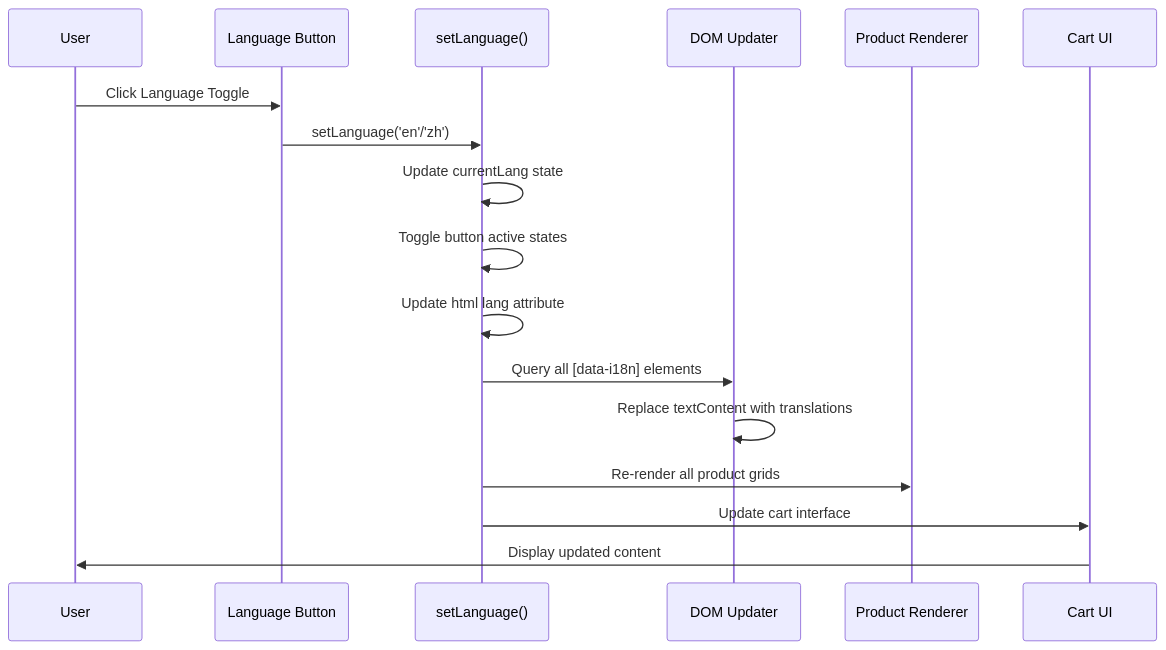
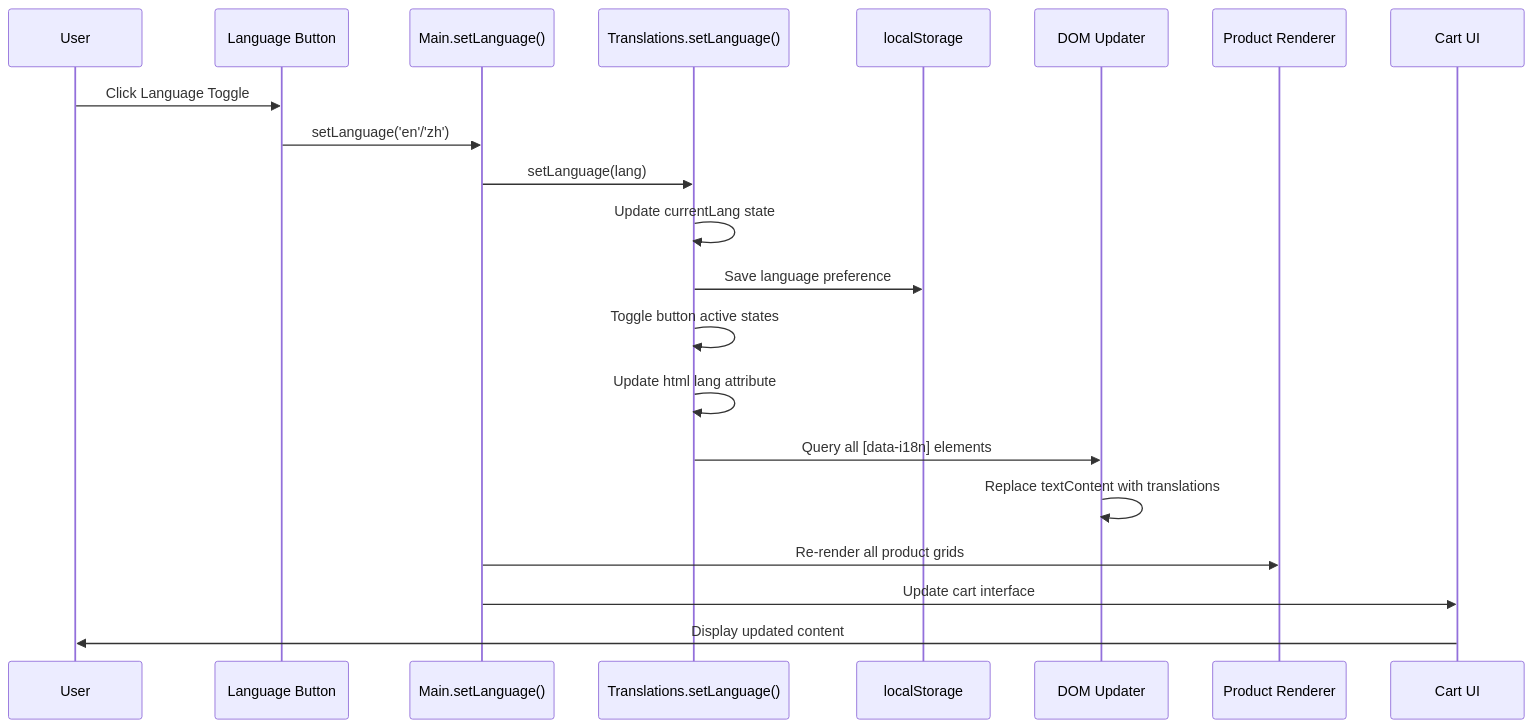
Before and after one commit to queenflowerhk/queenflowerhk.github.io: the second of 2 diagrams in .qoder/repowiki/en/content/Internationalization System.md, drawn with Mermaid. The commit also changed other lines of this file and 36 other files, not shown here.

````diff
--- a/.qoder/repowiki/en/content/Internationalization System.md
+++ b/.qoder/repowiki/en/content/Internationalization System.md
@@ -124,19 +230,23 @@
 ```mermaid
 sequenceDiagram
 participant User as User
 participant Button as Language Button
-participant Engine as setLanguage()
+participant Main as Main.setLanguage()
+participant Translations as Translations.setLanguage()
+participant Storage as localStorage
 participant DOM as DOM Updater
 participant Renderer as Product Renderer
 participant UI as Cart UI
 User->>Button : Click Language Toggle
-Button->>Engine : setLanguage('en'/'zh')
-Engine->>Engine : Update currentLang state
-Engine->>Engine : Toggle button active states
-Engine->>Engine : Update html lang attribute
-Engine->>DOM : Query all [data-i18n] elements
+Button->>Main : setLanguage('en'/'zh')
+Main->>Translations : setLanguage(lang)
+Translations->>Translations : Update currentLang state
+Translations->>Storage : Save language preference
+Translations->>Translations : Toggle button active states
+Translations->>Translations : Update html lang attribute
+Translations->>DOM : Query all [data-i18n] elements
 DOM->>DOM : Replace textContent with translations
-Engine->>Renderer : Re-render all product grids
-Engine->>UI : Update cart interface
+Main->>Renderer : Re-render all product grids
+Main->>UI : Update cart interface
 UI->>User : Display updated content
 ```
````
